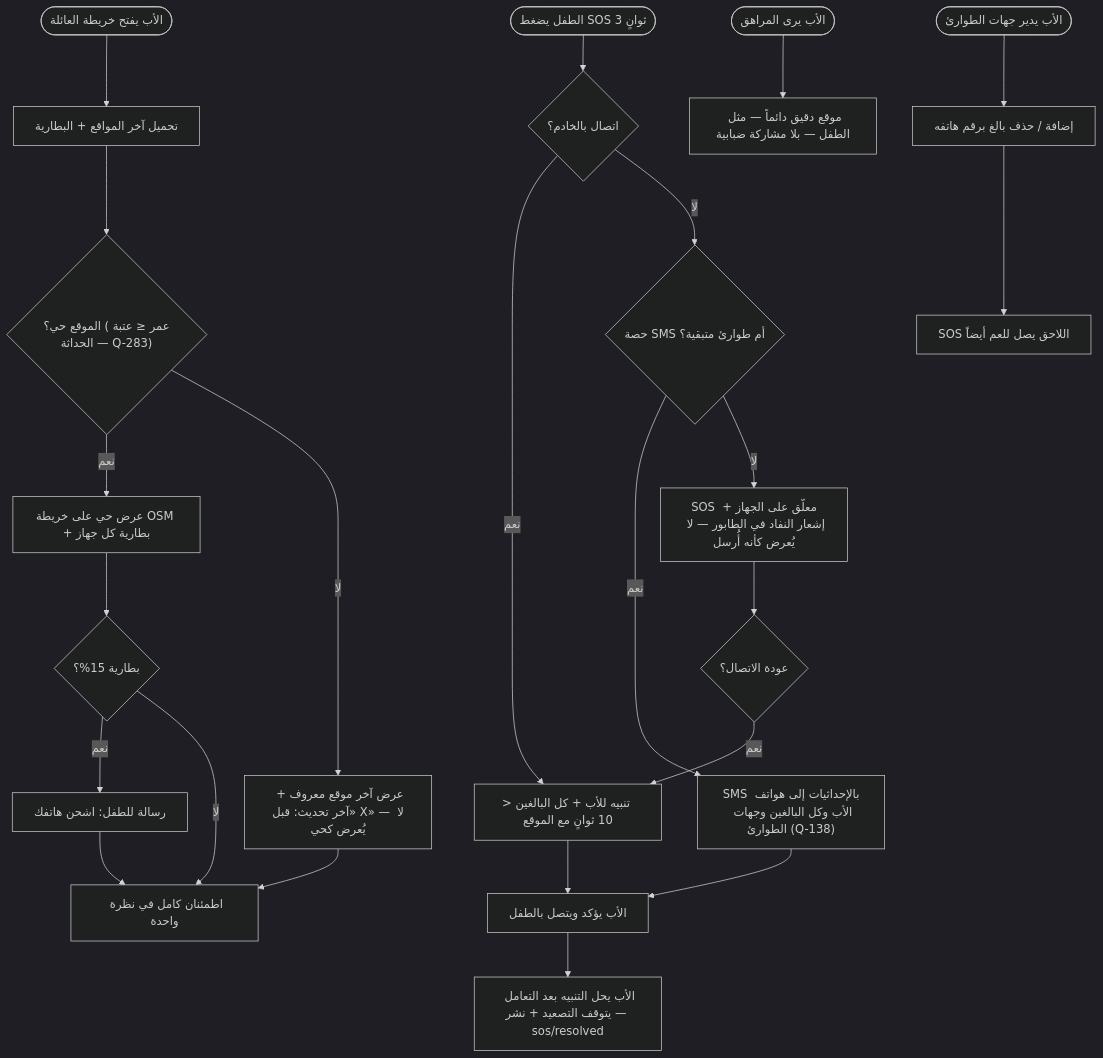
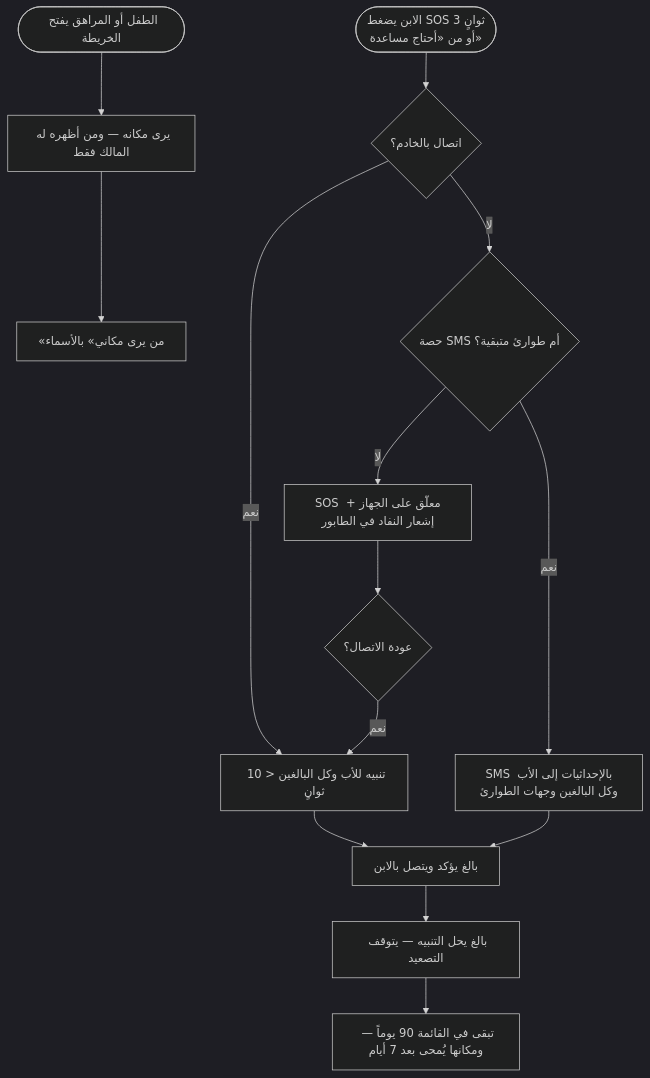
Diagram 17 of 23 in docs/family-os/governance/phases/phase-1/S1-07-location-basic/DIAGRAMS.md (Bassam-mohammed-alqaeadi/family-os-v2), drawn with Mermaid (dark theme) before and after one commit. The commit also changed other lines of this file, not shown here.

````diff
--- a/docs/family-os/governance/phases/phase-1/S1-07-location-basic/DIAGRAMS.md
+++ b/docs/family-os/governance/phases/phase-1/S1-07-location-basic/DIAGRAMS.md
@@ -428,25 +613,16 @@
 ```mermaid
 flowchart TD
-    Start([الأب يفتح خريطة العائلة]) --> Load[تحميل آخر المواقع + البطارية]
-    Load --> Fresh{"الموقع حي؟ (عمر ≤ عتبة الحداثة — Q-283)"}
-    Fresh -->|نعم| Live[عرض حي على خريطة OSM + بطارية كل جهاز]
-    Fresh -->|لا| Stale["عرض آخر موقع معروف + «آخر تحديث: قبل X» — لا يُعرض كحي"]
-    Live --> LowBatt{بطارية 15%؟}
-    LowBatt -->|نعم| Msg[رسالة للطفل: اشحن هاتفك]
-    LowBatt -->|لا| Watch[اطمئنان كامل في نظرة واحدة]
-    Stale --> Watch
-    Msg --> Watch
-    Child([الطفل يضغط SOS 3 ثوانٍ]) --> Net{اتصال بالخادم؟}
-    Net -->|نعم| Online[تنبيه للأب + كل البالغين < 10 ثوانٍ مع الموقع]
+    Kid([الطفل أو المراهق يفتح الخريطة]) --> Mine[يرى مكانه — ومن أظهره له المالك فقط]
+    Mine --> Who[«من يرى مكاني» بالأسماء]
+    Child([الابن يضغط SOS 3 ثوانٍ<br/>أو من «أحتاج مساعدة»]) --> Net{اتصال بالخادم؟}
+    Net -->|نعم| Online[تنبيه للأب وكل البالغين < 10 ثوانٍ]
     Net -->|لا| Quota{حصة SMS أم طوارئ متبقية؟}
-    Quota -->|نعم| SMS["SMS بالإحداثيات إلى هواتف الأب وكل البالغين وجهات الطوارئ (Q-138)"]
-    Quota -->|لا| Pending[SOS معلّق على الجهاز + إشعار النفاد في الطابور — لا يُعرض كأنه أُرسل]
-    Online --> Ack[الأب يؤكد ويتصل بالطفل]
-    Ack --> Resolve[الأب يحل التنبيه بعد التعامل — يتوقف التصعيد + نشر sos/resolved]
+    Quota -->|نعم| SMS[SMS بالإحداثيات إلى الأب وكل البالغين وجهات الطوارئ]
+    Quota -->|لا| Pending[SOS معلّق على الجهاز + إشعار النفاد في الطابور]
+    Online --> Ack[بالغ يؤكد ويتصل بالابن]
+    Ack --> Resolve[بالغ يحل التنبيه — يتوقف التصعيد]
+    Resolve --> Keep[تبقى في القائمة 90 يوماً — ومكانها يُمحى بعد 7 أيام]
     SMS --> Ack
     Pending --> Reconnect{عودة الاتصال؟}
     Reconnect -->|نعم| Online
-    FatherView([الأب يرى المراهق]) --> Precise[موقع دقيق دائماً — مثل الطفل — بلا مشاركة ضبابية]
-    Father2([الأب يدير جهات الطوارئ]) --> Contacts[إضافة / حذف بالغ برقم هاتفه]
-    Contacts --> Next[SOS اللاحق يصل للعم أيضاً]
 ```
````
